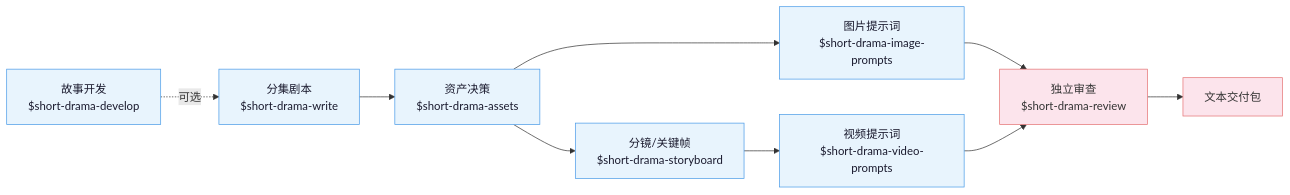
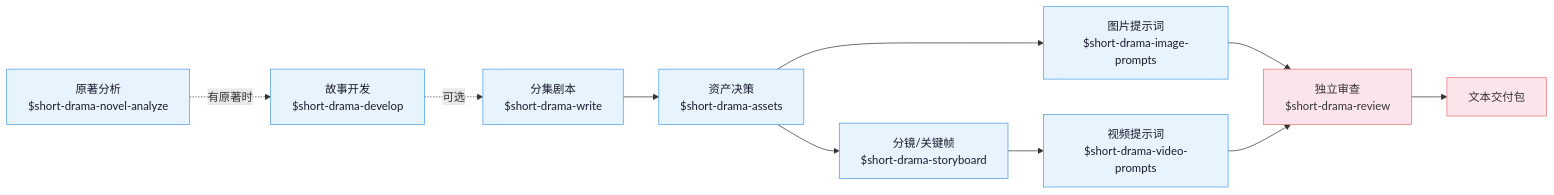
The diagram in README.md (fxbin/drama-skills), drawn with Mermaid before and after one commit. The commit also changed other lines of this file and 29 other files, not shown here.

First line of the commit message:
新增 $short-drama-novel-analyze：长篇原著分析

````diff
--- a/README.md
+++ b/README.md
@@ -97,20 +100,22 @@
 ```mermaid
 flowchart LR
     classDef phase fill:#e8f4fd,color:#1a1a2e,stroke:#4a9be8,stroke-width:1px
     classDef final fill:#fce4ec,color:#333,stroke:#e57373,stroke-width:1px
 
+    nva["原著分析<br/>$short-drama-novel-analyze"]:::phase
     dev["故事开发<br/>$short-drama-develop"]:::phase
     write["分集剧本<br/>$short-drama-write"]:::phase
     assets["资产决策<br/>$short-drama-assets"]:::phase
     img["图片提示词<br/>$short-drama-image-prompts"]:::phase
     sb["分镜/关键帧<br/>$short-drama-storyboard"]:::phase
     vid["视频提示词<br/>$short-drama-video-prompts"]:::phase
     rev["独立审查<br/>$short-drama-review"]:::final
     pkg["文本交付包"]:::final
 
+    nva -.有原著时.-> dev
     dev -.可选.-> write --> assets
     assets --> img
     assets --> sb --> vid
     img --> rev
     vid --> rev --> pkg
 ```
````
